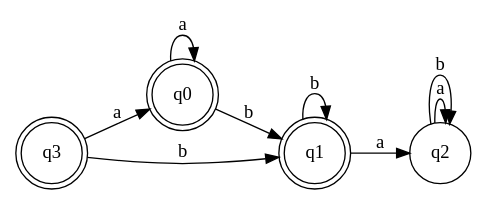
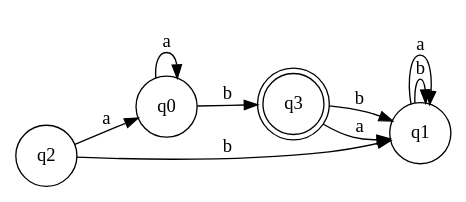
The diagram in DFA.dot (bkelly479/FormalLanguages), drawn with Graphviz before and after one commit. The commit also changed 3 other files, not shown here.

```diff
--- a/DFA.dot
+++ b/DFA.dot
@@ -1,19 +1,19 @@
 digraph DFA {
 	rankdir=LR size="8,5"
-	node [shape=doublecircle]
+	node [shape=circle]
 	q0
-	node [shape=doublecircle]
+	node [shape=circle]
 	q1
 	node [shape=circle]
 	q2
 	node [shape=doublecircle]
 	q3
-	q3 -> q0 [label=a]
+	q2 -> q1 [label=b]
+	q2 -> q0 [label=a]
+	q1 -> q1 [label=b]
+	q1 -> q1 [label=a]
+	q0 -> q3 [label=b]
+	q0 -> q0 [label=a]
 	q3 -> q1 [label=b]
-	q0 -> q0 [label=a]
-	q0 -> q1 [label=b]
-	q1 -> q2 [label=a]
-	q1 -> q1 [label=b]
-	q2 -> q2 [label=a]
-	q2 -> q2 [label=b]
+	q3 -> q1 [label=a]
 }
```
